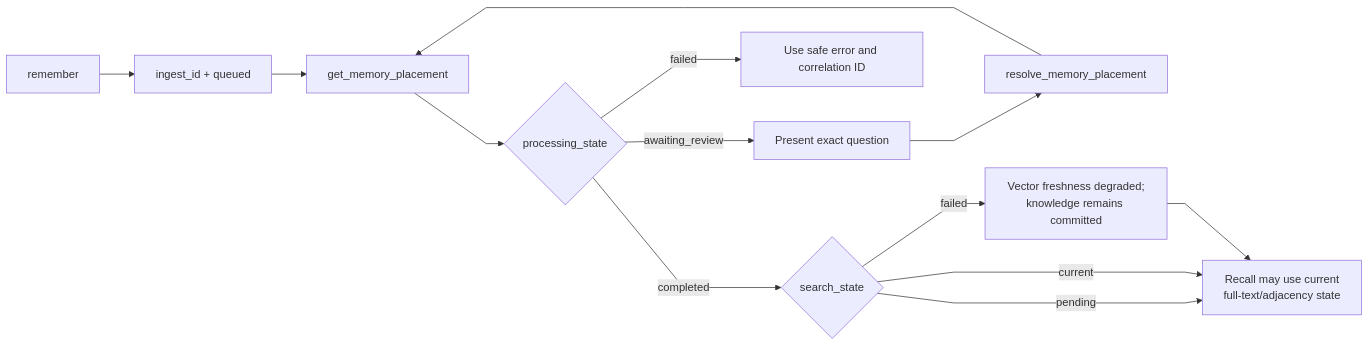
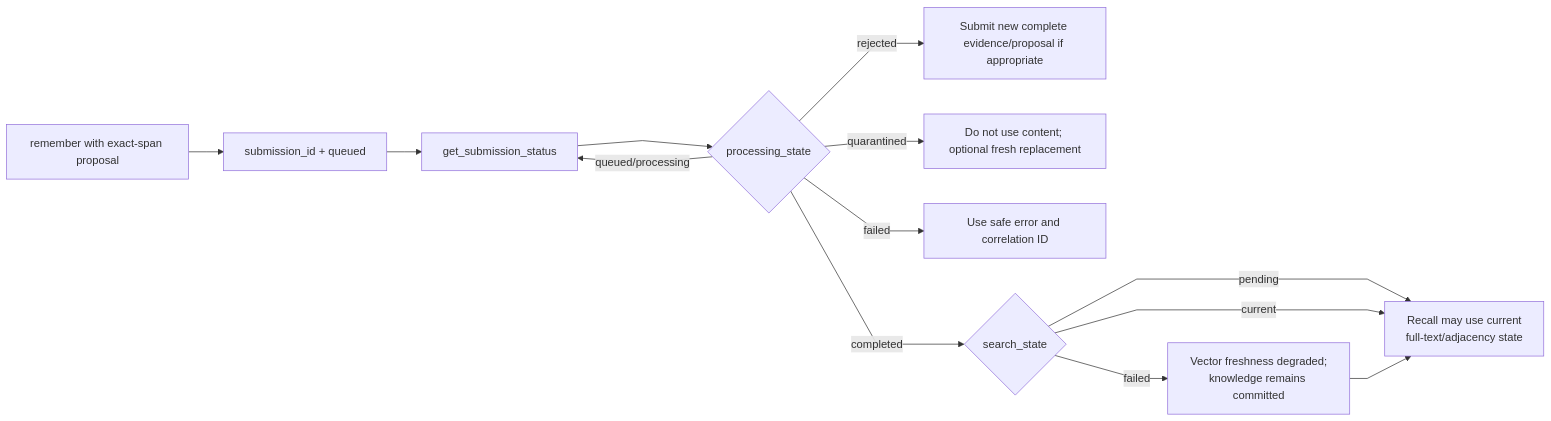
One commit to markhuangai/dense-mem changed the second of 2 diagrams in Quick-Start.md. Above: the diagram before and after it, drawn with Mermaid. The commit also changed other lines of this file and 16 other files, not shown here.

````diff
--- a/Quick-Start.md
+++ b/Quick-Start.md
@@ -153,16 +155,16 @@
 ```mermaid
 %%{init: {"flowchart": {"curve": "linear"}}}%%
 flowchart LR
-  Ask["remember"] --> Intake["ingest_id + queued"]
-  Intake --> Poll["get_memory_placement"]
+  Ask["remember with exact-span proposal"] --> Intake["submission_id + queued"]
+  Intake --> Poll["get_submission_status"]
   Poll --> State{"processing_state"}
-  State -- awaiting_review --> User["Present exact question"]
-  User --> Resolve["resolve_memory_placement"]
-  Resolve --> Poll
+  State -- queued/processing --> Poll
+  State -- rejected --> New["Submit new complete evidence/proposal if appropriate"]
+  State -- quarantined --> Isolated["Do not use content; optional fresh replacement"]
   State -- failed --> Diagnose["Use safe error and correlation ID"]
   State -- completed --> Search{"search_state"}
   Search -- pending --> Recall["Recall may use current<br/>full-text/adjacency state"]
   Search -- current --> Recall
   Search -- failed --> Degraded["Vector freshness degraded;<br/>knowledge remains committed"]
   Degraded --> Recall
 ```
````
